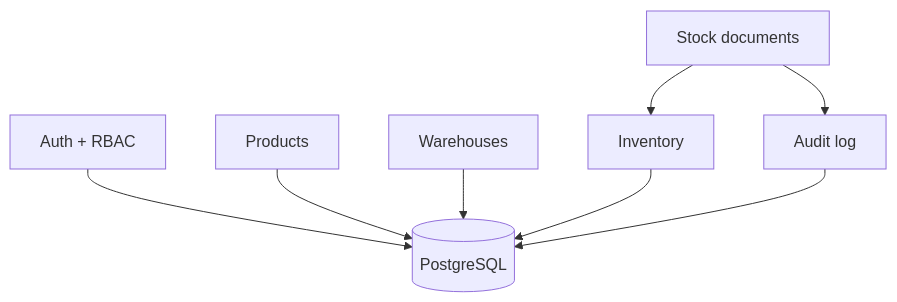
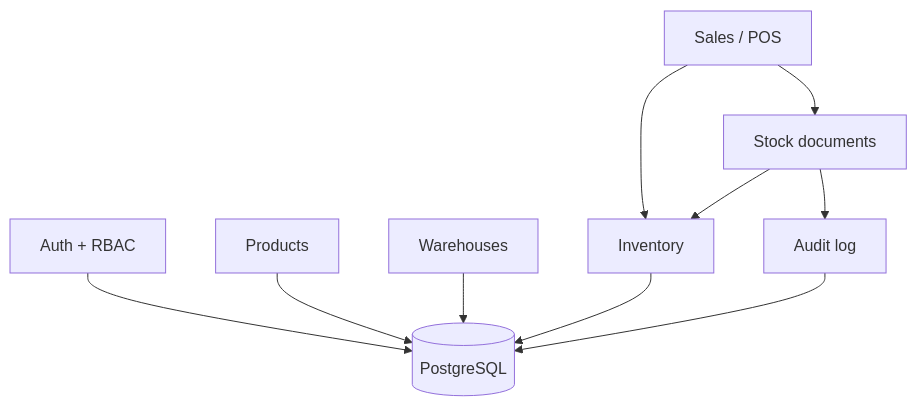
One commit to tuyen12081707/inventory-desktop-suite-source changed the second of 2 diagrams in docs/ARCHITECTURE.md. Above: the diagram before and after it, drawn with Mermaid. The commit also changed other lines of this file and 28 other files, not shown here.

````diff
--- a/docs/ARCHITECTURE.md
+++ b/docs/ARCHITECTURE.md
@@ -27,18 +29,21 @@
 ```mermaid
 flowchart TB
     Auth["Auth + RBAC"]
     Products["Products"]
     Warehouses["Warehouses"]
     Inventory["Inventory"]
     Documents["Stock documents"]
+    Sales["Sales / POS"]
     Audit["Audit log"]
     DB[("PostgreSQL")]
 
     Auth --> DB
     Products --> DB
     Warehouses --> DB
     Documents --> Inventory
+    Sales --> Inventory
+    Sales --> Documents
     Inventory --> DB
     Documents --> Audit
     Audit --> DB
 ```
````
